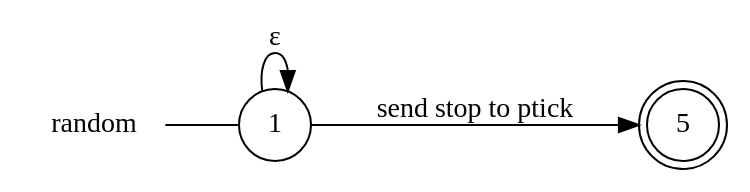
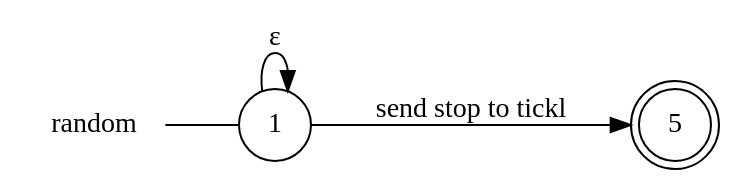
The diagram in out/random_local_view.dot (gabrielegenovese/chorer), drawn with Graphviz before and after one commit. The commit also changed 11 other files, not shown here.

```diff
--- a/out/random_local_view.dot
+++ b/out/random_local_view.dot
@@ -1,10 +1,10 @@
 digraph random {
 	rankdir="LR";
 	n_0 [label="random", shape="plaintext"];
 	n_1 [id="5", shape=doublecircle, label="5"];
 	n_2 [id="1", shape=circle, label="1"];
 	n_0 -> n_2 [arrowhead=none];
 
-	n_2 -> n_1 [id="[$e|7]", label="send stop to ptick"];
+	n_2 -> n_1 [id="[$e|7]", label="send stop to tickl"];
 	n_2 -> n_2 [id="[$e|6]", label="ɛ"];
 }
```
